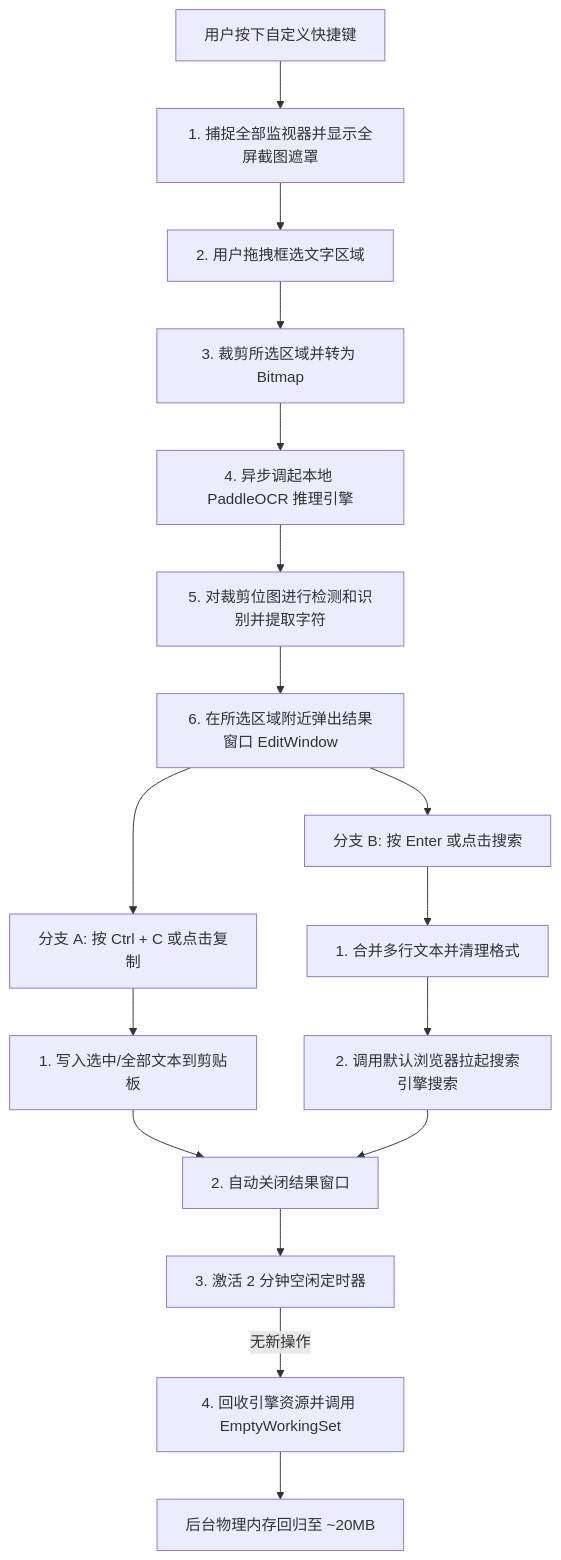
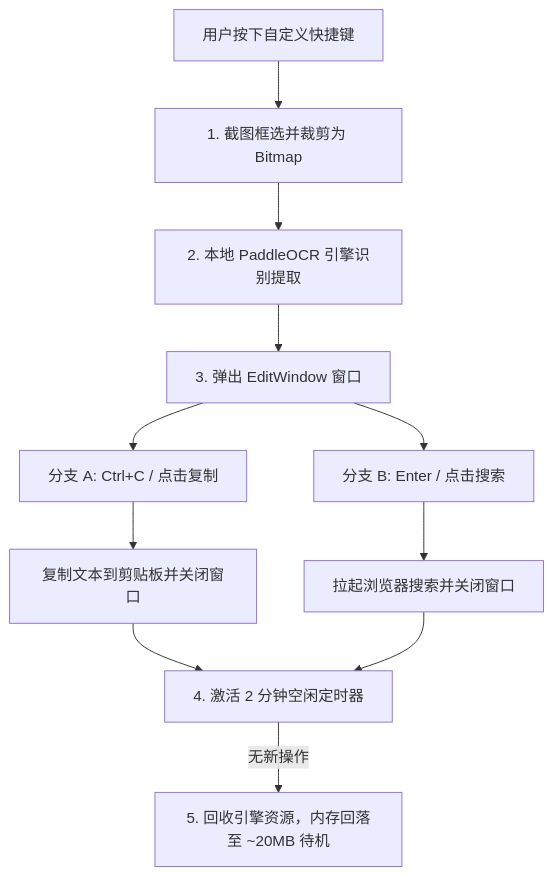
One commit to Loecedas/SnapFind changed the diagram in README.md. Above: the diagram before and after it, drawn with Mermaid. The commit also changed 1 other file, not shown here.

Commit message:
docs: simplify logical flow diagram in Chinese and English READMEs

````diff
--- a/README.md
+++ b/README.md
@@ -124,22 +124,16 @@
 ```mermaid
 graph TD
-    A[用户按下自定义快捷键] --> B[1. 捕捉全部监视器并显示全屏截图遮罩]
-    B --> C[2. 用户拖拽框选文字区域]
-    C --> D[3. 裁剪所选区域并转为 Bitmap]
-    D --> E[4. 异步调起本地 PaddleOCR 推理引擎]
-    E --> F[5. 对裁剪位图进行检测和识别并提取字符]
-    F --> G[6. 在所选区域附近弹出结果窗口 EditWindow]
+    A[用户按下自定义快捷键] --> B["1. 截图框选并裁剪为 Bitmap"]
+    B --> C["2. 本地 PaddleOCR 引擎识别提取"]
+    C --> D["3. 弹出 EditWindow 窗口"]
     
-    G --> H1[分支 A: 按 Ctrl + C 或点击复制]
-    H1 --> I1[1. 写入选中/全部文本到剪贴板]
-    I1 --> I2[2. 自动关闭结果窗口]
+    D --> H1[分支 A: Ctrl+C / 点击复制]
+    H1 --> I1[复制文本到剪贴板并关闭窗口]
     
-    G --> H2[分支 B: 按 Enter 或点击搜索]
-    H2 --> I3[1. 合并多行文本并清理格式]
-    I3 --> I4[2. 调用默认浏览器拉起搜索引擎搜索]
-    I4 --> I2
+    D --> H2[分支 B: Enter / 点击搜索]
+    H2 --> I2[拉起浏览器搜索并关闭窗口]
     
-    I2 --> J[3. 激活 2 分钟空闲定时器]
-    J -- 无新操作 --> K[4. 回收引擎资源并调用 EmptyWorkingSet]
-    K --> L[后台物理内存回归至 ~20MB]
+    I1 --> J["4. 激活 2 分钟空闲定时器"]
+    I2 --> J
+    J -- 无新操作 --> K["5. 回收引擎资源，内存回落至 ~20MB 待机"]
 ```
````
